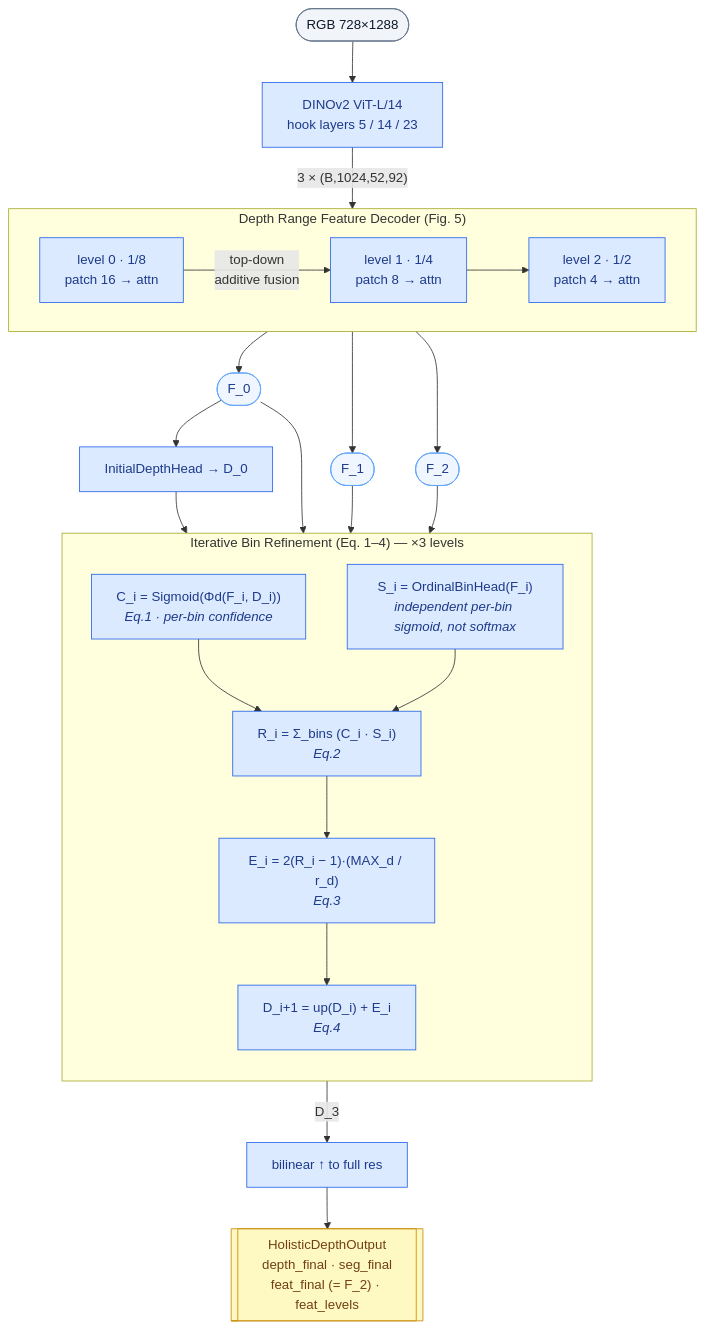
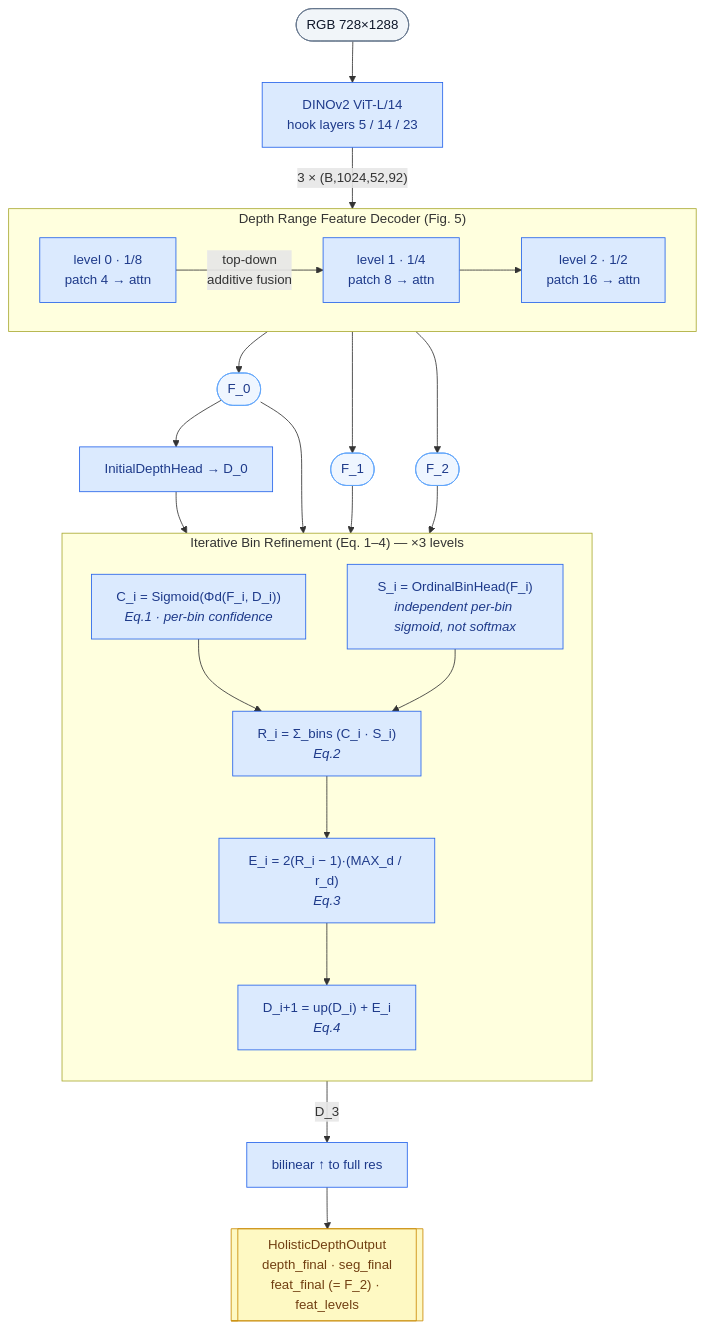
Before and after one commit to KSJanjua/ProCodes: the third of 10 diagrams in docs/ARCHITECTURE.md, drawn with Mermaid. The commit also changed 33 other files, not shown here.

First line of the commit message:
Add KT walkthrough doc; Phase-1 Fig.5 fidelity; Phase-2 100 queries; temporal doc cleanup

````diff
--- a/docs/ARCHITECTURE.md
+++ b/docs/ARCHITECTURE.md
@@ -122,42 +122,42 @@
 ```mermaid
 flowchart TB
     IMG([RGB 728×1288]):::io --> BB["DINOv2 ViT-L/14<br/>hook layers 5 / 14 / 23"]:::p1
     BB -->|"3 × (B,1024,52,92)"| DEC
 
     subgraph DEC ["Depth Range Feature Decoder (Fig. 5)"]
         direction LR
-        L0["level 0 · 1/8<br/>patch 16 → attn"]:::p1
+        L0["level 0 · 1/8<br/>patch 4 → attn"]:::p1
         L1["level 1 · 1/4<br/>patch 8 → attn"]:::p1
-        L2["level 2 · 1/2<br/>patch 4 → attn"]:::p1
+        L2["level 2 · 1/2<br/>patch 16 → attn"]:::p1
         L0 -->|"top-down<br/>additive fusion"| L1 --> L2
     end
 
     L0 --> F0(["F_0"]):::feat
     L1 --> F1(["F_1"]):::feat
     L2 --> F2(["F_2"]):::feat
 
     F0 --> SEED["InitialDepthHead → D_0"]:::p1
 
     subgraph REF ["Iterative Bin Refinement (Eq. 1–4) — ×3 levels"]
         direction TB
         C["C_i = Sigmoid(Φd(F_i, D_i))<br/><i>Eq.1 · per-bin confidence</i>"]:::p1
         S["S_i = OrdinalBinHead(F_i)<br/><i>independent per-bin sigmoid, not softmax</i>"]:::p1
         R["R_i = Σ_bins (C_i · S_i)<br/><i>Eq.2</i>"]:::p1
         E["E_i = 2(R_i − 1)·(MAX_d / r_d)<br/><i>Eq.3</i>"]:::p1
         D["D_i+1 = up(D_i) + E_i<br/><i>Eq.4</i>"]:::p1
         C --> R
         S --> R --> E --> D
     end
 
     SEED --> REF
     F0 --> REF
     F1 --> REF
     F2 --> REF
     REF -->|"D_3"| UP["bilinear ↑ to full res"]:::p1
     UP --> OUT[["HolisticDepthOutput<br/>depth_final · seg_final<br/>feat_final (= F_2) · feat_levels"]]:::contract
 
     classDef p1 fill:#dbeafe,stroke:#2563eb,color:#1e3a8a
     classDef feat fill:#eff6ff,stroke:#60a5fa,color:#1e3a8a
     classDef io fill:#f1f5f9,stroke:#64748b,color:#0f172a
     classDef contract fill:#fef9c3,stroke:#ca8a04,color:#713f12
 ```
````
